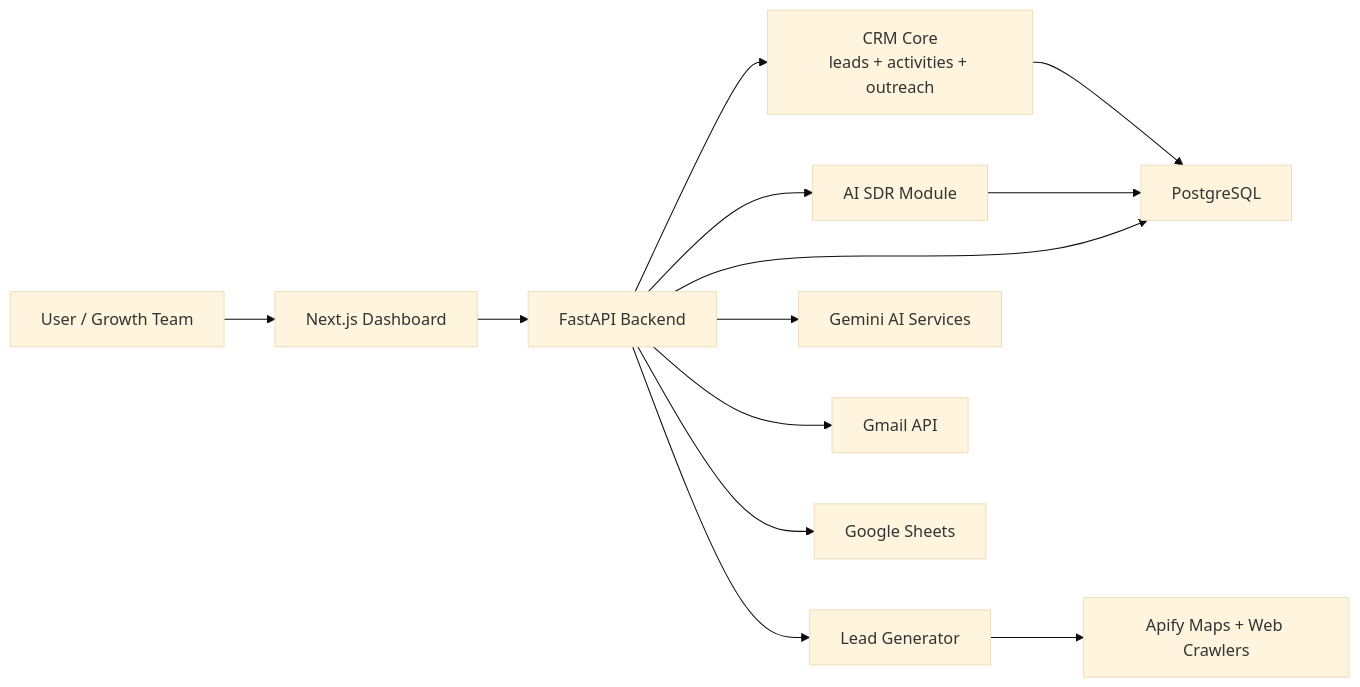
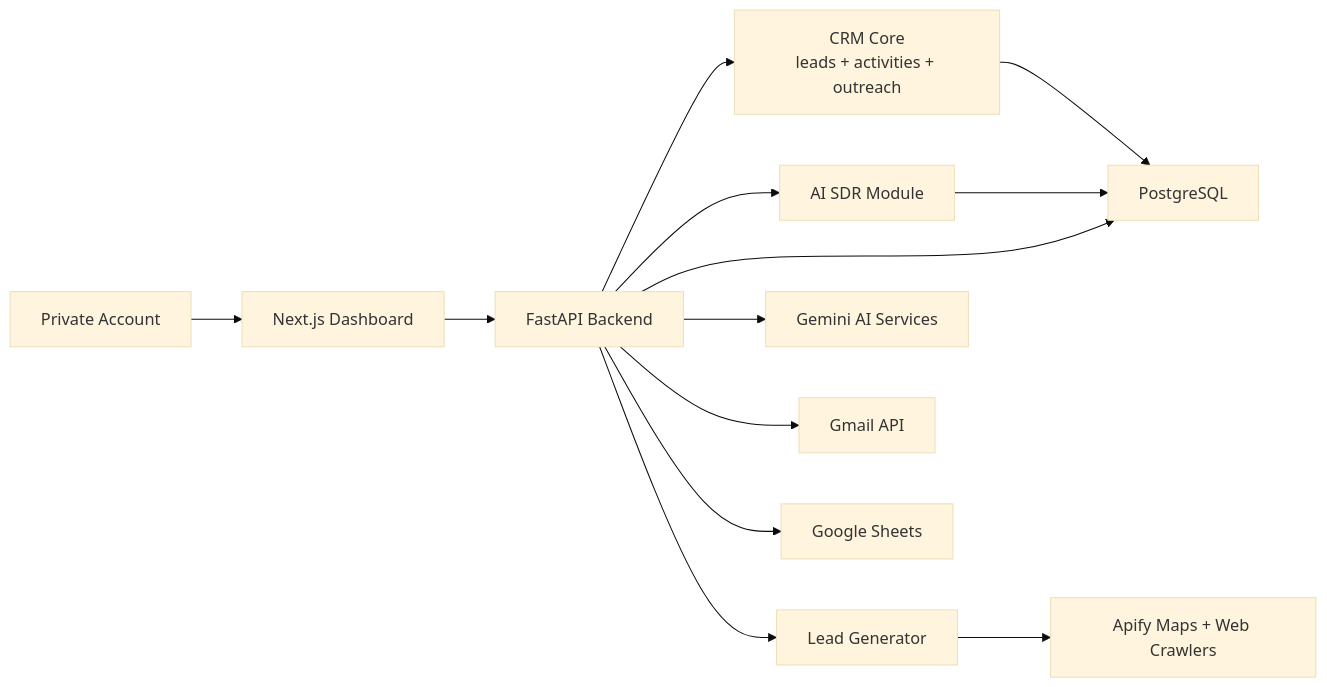
The first of 4 diagrams in README.md (Zeeshan-py/LeadGen), drawn with Mermaid (base theme) before and after one commit. The commit also changed other lines of this file and 65 other files, not shown here.

````diff
--- a/README.md
+++ b/README.md
@@ -51,15 +52,15 @@
 ```mermaid
 flowchart LR
-    User["User / Growth Team"] --> UI["Next.js Dashboard"]
+    User["Private Account"] --> UI["Next.js Dashboard"]
     UI --> API["FastAPI Backend"]
     API --> CRM["CRM Core<br/>leads + activities + outreach"]
     API --> LG["Lead Generator"]
     API --> SDR["AI SDR Module"]
     API --> AI["Gemini AI Services"]
     API --> Gmail["Gmail API"]
     API --> Sheets["Google Sheets"]
     LG --> Apify["Apify Maps + Web Crawlers"]
     CRM --> DB["PostgreSQL"]
     SDR --> DB
     API --> DB
 ```
````
